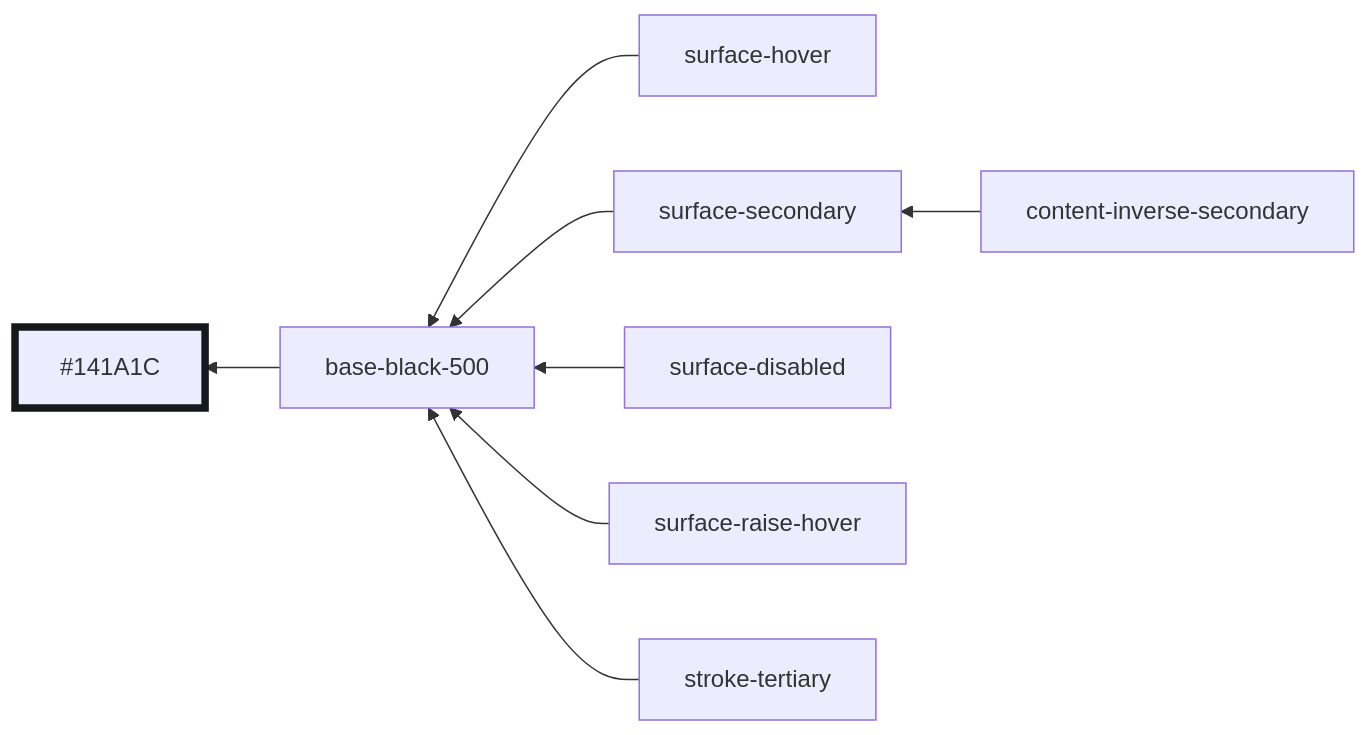
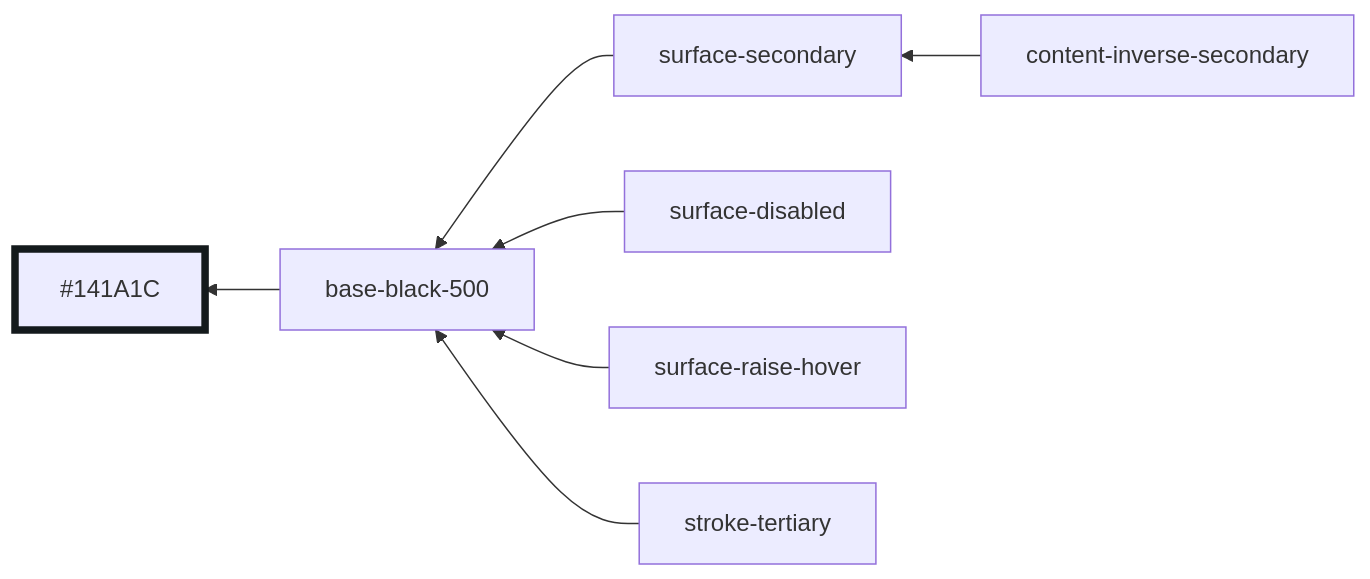
Diagram 27 of 30 in libs/ui/styles/themes/operator-mode.md (oxidecomputer/console), drawn with Mermaid before and after one commit. The commit also changed other lines of this file and 3 other files, not shown here.

````diff
--- a/libs/ui/styles/themes/operator-mode.md
+++ b/libs/ui/styles/themes/operator-mode.md
@@ -341,12 +342,11 @@
 ```mermaid
 graph RL
   base-black-500 --> #141A1C:::base-black-500
-  surface-hover --> base-black-500
   surface-secondary --> base-black-500
   surface-disabled --> base-black-500
   surface-raise-hover --> base-black-500
   content-inverse-secondary --> surface-secondary
   stroke-tertiary --> base-black-500
 
   classDef base-black-500 stroke-width:5,stroke:#141A1C
 ```
````
